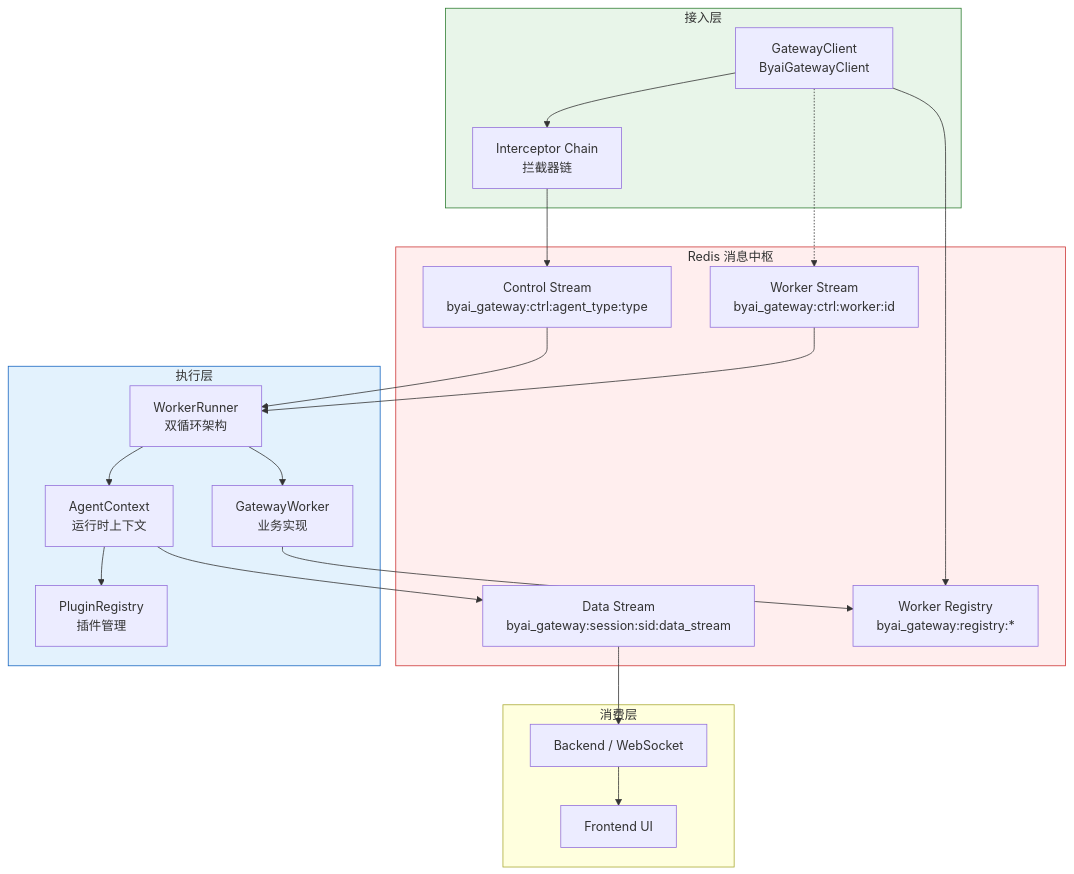
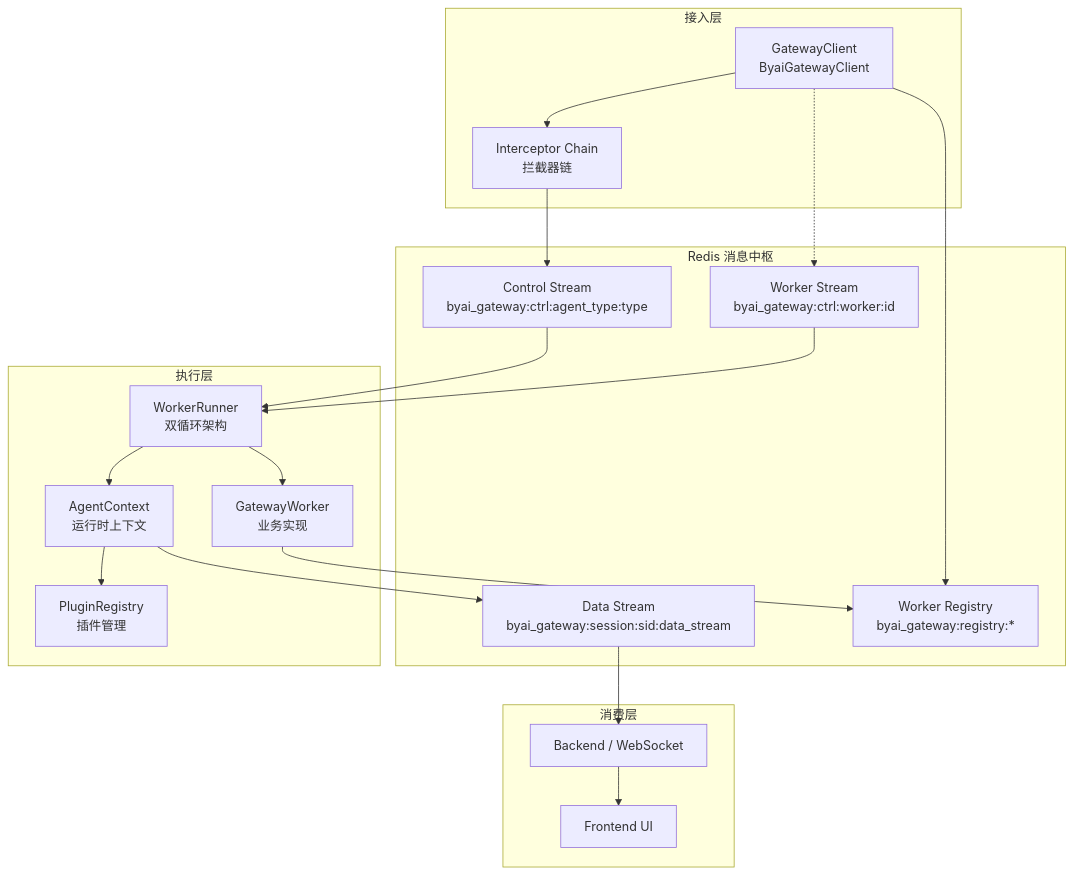
Before and after one commit to beyonai/by-framework-docs: the first of 4 diagrams in docs/architecture/overview.md, drawn with Mermaid. The commit also changed other lines of this file and 46 other files, not shown here.

````diff
--- a/docs/architecture/overview.md
+++ b/docs/architecture/overview.md
@@ -9,45 +9,42 @@
 ```mermaid
 graph TB
     subgraph LayerAccess ["接入层"]
         Client["GatewayClient<br/>ByaiGatewayClient"]
         Interceptor["Interceptor Chain<br/>拦截器链"]
     end
 
     subgraph LayerRedis ["Redis 消息中枢"]
         CtrlStream["Control Stream<br/>byai_gateway:ctrl:agent_type:type"]
         WorkerStream["Worker Stream<br/>byai_gateway:ctrl:worker:id"]
         DataStream["Data Stream<br/>byai_gateway:session:sid:data_stream"]
         Registry["Worker Registry<br/>byai_gateway:registry:*"]
     end
 
     subgraph LayerExecution ["执行层"]
         Runner["WorkerRunner<br/>双循环架构"]
         Worker["GatewayWorker<br/>业务实现"]
         Context["AgentContext<br/>运行时上下文"]
         PluginReg["PluginRegistry<br/>插件管理"]
     end
 
     subgraph LayerConsumer ["消费层"]
         Backend["Backend / WebSocket"]
         Frontend["Frontend UI"]
     end
 
     Client --> Interceptor --> CtrlStream
     Client -.-> WorkerStream
     Client --> Registry
 
     CtrlStream --> Runner
     WorkerStream --> Runner
     Runner --> Worker
     Runner --> Context
     Context --> PluginReg
 
     Context --> DataStream
     Worker --> Registry
 
     DataStream --> Backend --> Frontend
 
-    style LayerRedis fill:#fee,stroke:#c33
-    style LayerAccess fill:#e8f5e9,stroke:#2e7d32
-    style LayerExecution fill:#e3f2fd,stroke:#1565c0
 ```
````
